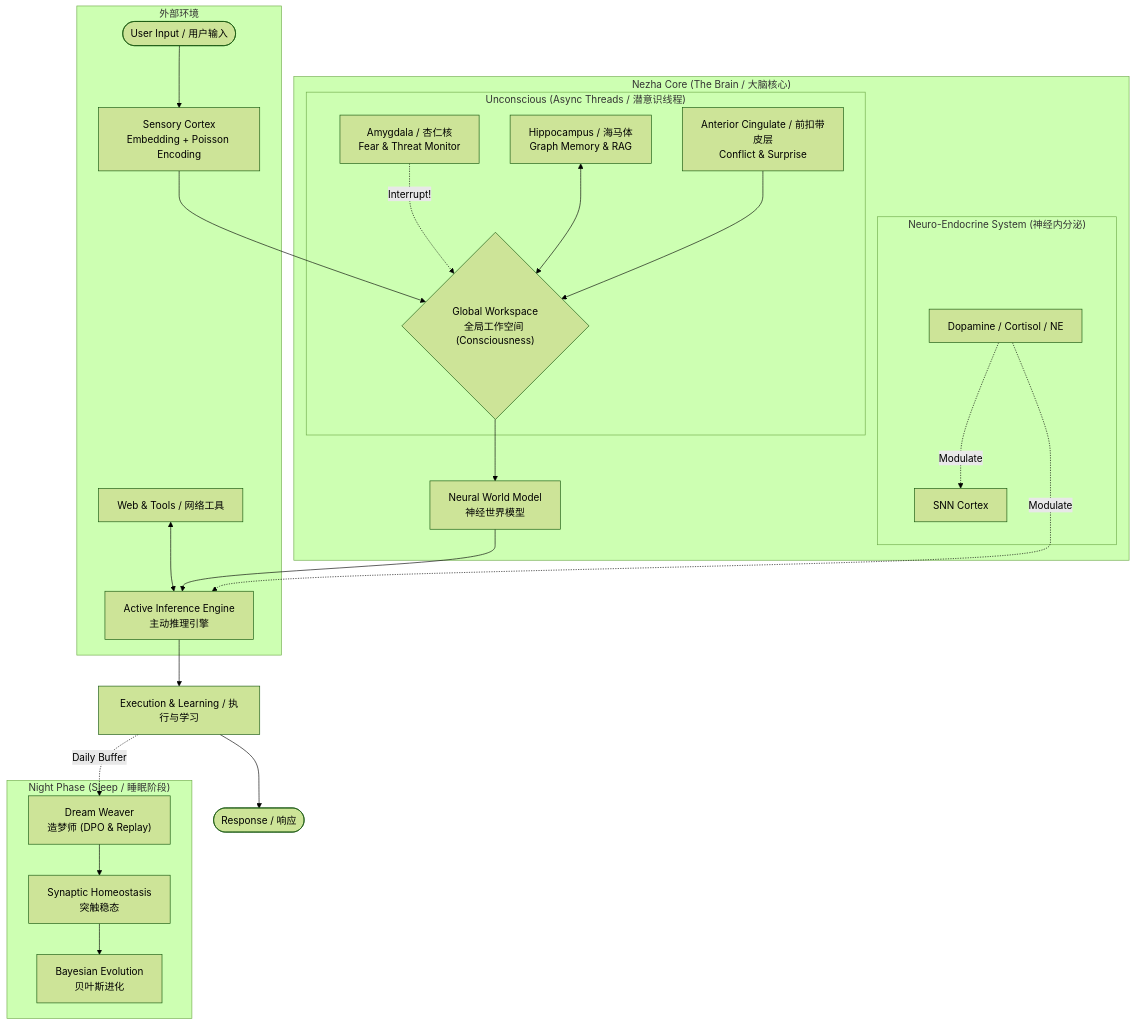
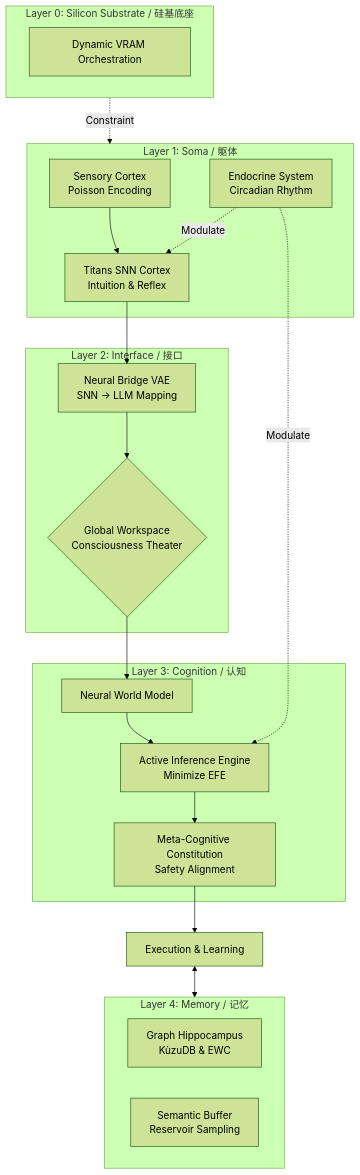
Before and after one commit to waylliam1988/Nezha-AGI: the diagram in README.md, drawn with Mermaid (forest theme). The commit also changed other lines of this file and 1 other file, not shown here.

First line of the commit message:
feat: Release Nezha V12.0 Singularity AGI

````diff
--- a/README.md
+++ b/README.md
@@ -28,40 +53,43 @@
 ```mermaid
 graph TD
-    subgraph Environment [外部环境]
-        User_Input(["User Input / 用户输入"]) --> Sensory["Sensory Cortex<br>Embedding + Poisson Encoding"]
-        Web["Web & Tools / 网络工具"] <--> ActInf
+    subgraph Layer0_Hardware [Layer 0: Silicon Substrate / 硅基底座]
+        VRAM_Monitor[Dynamic VRAM Orchestration]
     end
 
-    subgraph "Nezha Core (The Brain / 大脑核心)"
-        Sensory --> GWT{"Global Workspace<br>全局工作空间 (Consciousness)"}
-        
-        subgraph "Unconscious (Async Threads / 潜意识线程)"
-            Amygdala["Amygdala / 杏仁核<br>Fear & Threat Monitor"] -.->|Interrupt!| GWT
-            Hippocampus["Hippocampus / 海马体<br>Graph Memory & RAG"] <--> GWT
-            ACC["Anterior Cingulate / 前扣带皮层<br>Conflict & Surprise"] --> GWT
-        end
-        
-        GWT --> WorldModel["Neural World Model<br>神经世界模型"]
-        WorldModel --> ActInf["Active Inference Engine<br>主动推理引擎"]
-        
-        subgraph "Neuro-Endocrine System (神经内分泌)"
-            Hormones[Dopamine / Cortisol / NE]
-            Hormones -.->|Modulate| ActInf
-            Hormones -.->|Modulate| SNN[SNN Cortex]
-        end
+    subgraph Layer1_Soma [Layer 1: Soma / 躯体]
+        Sensory[Sensory Cortex<br>Poisson Encoding]
+        SNN[Titans SNN Cortex<br>Intuition & Reflex]
+        Hormones[Endocrine System<br>Circadian Rhythm]
     end
 
-    ActInf --> Action["Execution & Learning / 执行与学习"]
-    Action --> User_Output([Response / 响应])
+    subgraph Layer2_Interface [Layer 2: Interface / 接口]
+        VAE[Neural Bridge VAE<br>SNN -> LLM Mapping]
+        GWT{Global Workspace<br>Consciousness Theater}
+    end
+
+    subgraph Layer3_Cognition [Layer 3: Cognition / 认知]
+        WorldModel[Neural World Model]
+        ActInf[Active Inference Engine<br>Minimize EFE]
+        Constitution[Meta-Cognitive Constitution<br>Safety Alignment]
+    end
+
+    subgraph Memory [Layer 4: Memory / 记忆]
+        Hippocampus[Graph Hippocampus<br>KùzuDB & EWC]
+        Buffer[Semantic Buffer<br>Reservoir Sampling]
+    end
+
+    Layer0_Hardware -.->|Constraint| Layer1_Soma
+    Sensory --> SNN
+    SNN --> VAE
+    VAE --> GWT
+    Hormones -.->|Modulate| SNN
+    Hormones -.->|Modulate| ActInf
     
-    subgraph "Night Phase (Sleep / 睡眠阶段)"
-        Dream["Dream Weaver<br>造梦师 (DPO & Replay)"]
-        SHY["Synaptic Homeostasis<br>突触稳态"]
-        Evo["Bayesian Evolution<br>贝叶斯进化"]
-    end
+    GWT --> WorldModel
+    WorldModel --> ActInf
+    ActInf --> Constitution
+    Constitution --> Action[Execution & Learning]
     
-    Action -.->|Daily Buffer| Dream
-    Dream --> SHY
-    SHY --> Evo
+    Action <--> Memory
 
 ```
````
